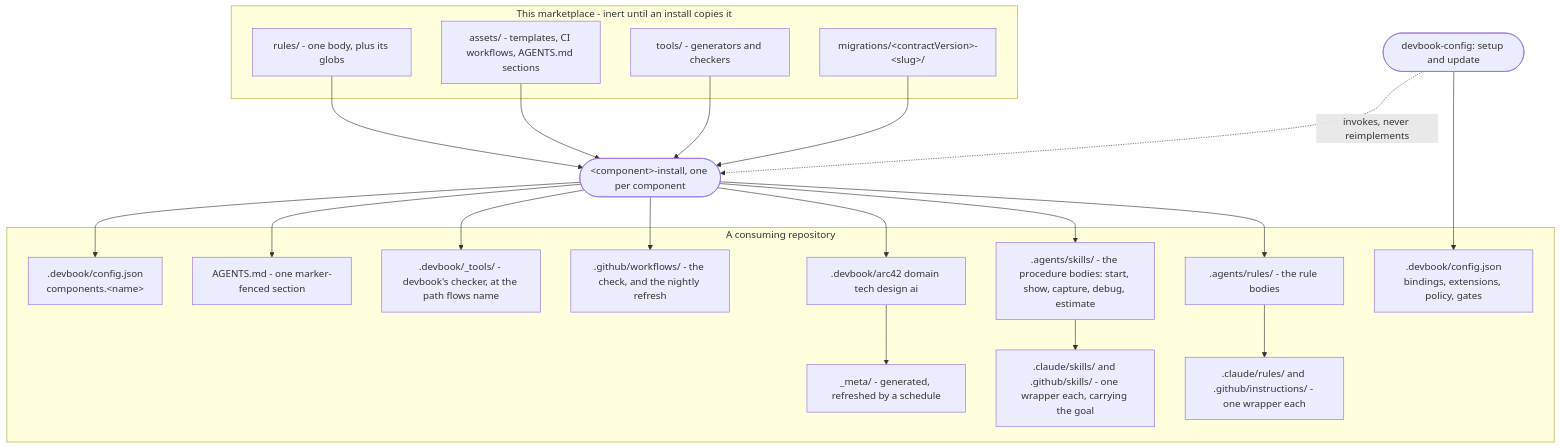
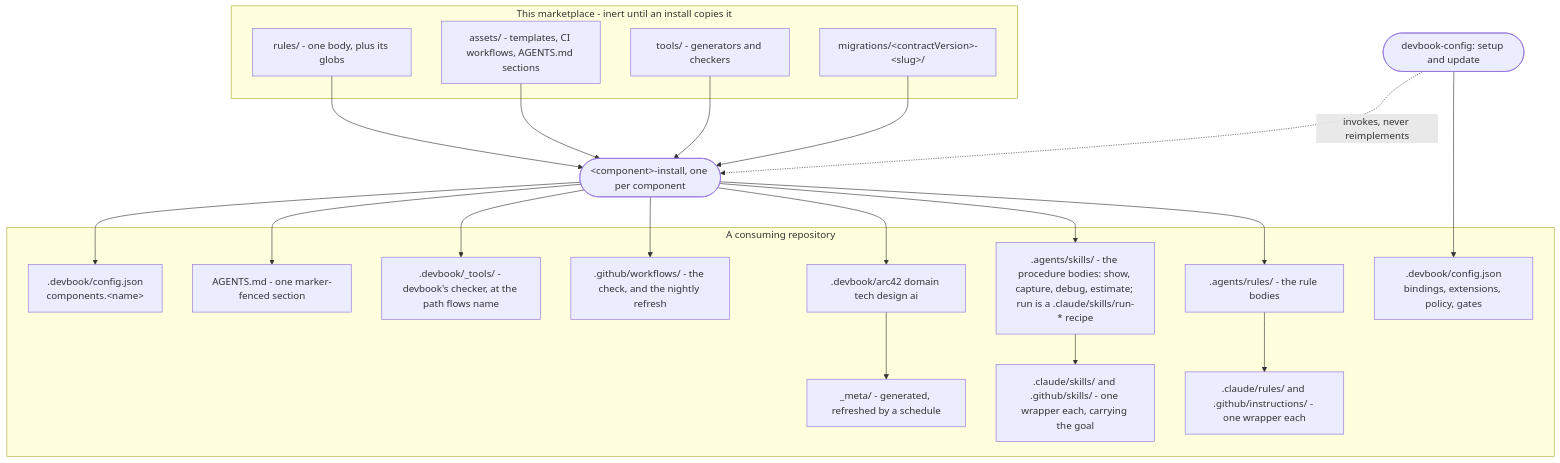
The third of 3 diagrams in .devbook/arc42/05-building-block-view.md (JSdotNet/ai-agent-stack), drawn with Mermaid before and after one commit. The commit also changed other lines of this file and 47 other files, not shown here.

First line of the commit message:
devbook-procedures: start is run, Claude Code's run-<name> recipe

````diff
--- a/.devbook/arc42/05-building-block-view.md
+++ b/.devbook/arc42/05-building-block-view.md
@@ -212,43 +213,43 @@
 ```mermaid
 flowchart TB
     subgraph mp["This marketplace - inert until an install copies it"]
         pr["rules/ - one body, plus its globs"]
         pa["assets/ - templates, CI workflows, AGENTS.md sections"]
         pt["tools/ - generators and checkers"]
         pm["migrations/&lt;contractVersion&gt;-&lt;slug&gt;/"]
     end
 
     setup(["devbook-config: setup and update"])
     inst(["&lt;component&gt;-install, one per component"])
 
     subgraph repo["A consuming repository"]
         ar[".agents/rules/ - the rule bodies"]
         cw[".claude/rules/ and .github/instructions/ - one wrapper each"]
-        sk[".agents/skills/ - the procedure bodies: start, show, capture, debug, estimate"]
+        sk[".agents/skills/ - the procedure bodies: show, capture, debug, estimate; run is a .claude/skills/run-* recipe"]
         sw[".claude/skills/ and .github/skills/ - one wrapper each, carrying the goal"]
         folders[".devbook/arc42 domain tech design ai"]
         meta["_meta/ - generated, refreshed by a schedule"]
         wf[".github/workflows/ - the check, and the nightly refresh"]
         tools[".devbook/_tools/ - devbook's checker, at the path flows name"]
         agents["AGENTS.md - one marker-fenced section"]
         cfgE[".devbook/config.json<br/>bindings, extensions, policy, gates"]
         cfgC[".devbook/config.json<br/>components.&lt;name&gt;"]
     end
 
     pr --> inst
     pa --> inst
     pt --> inst
     pm --> inst
     inst --> ar
     ar --> cw
     inst --> sk
     sk --> sw
     inst --> folders
     inst --> wf
     inst --> tools
     inst --> agents
     inst --> cfgC
     setup --> cfgE
     setup -.->|"invokes, never reimplements"| inst
     folders --> meta
 ```
````
